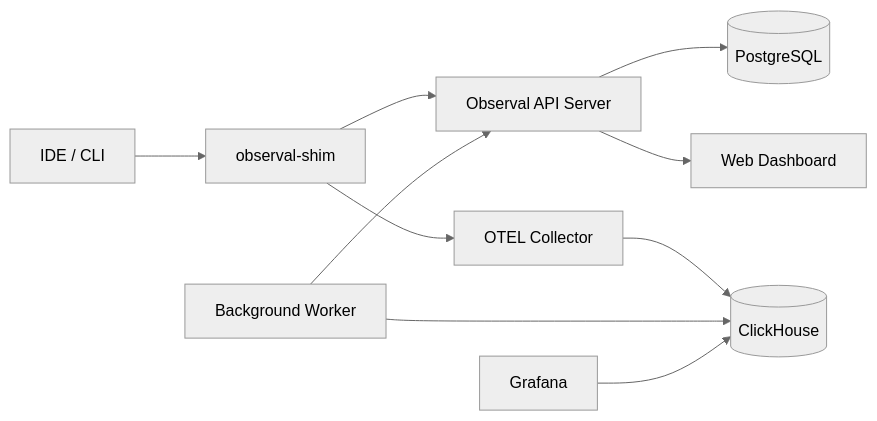
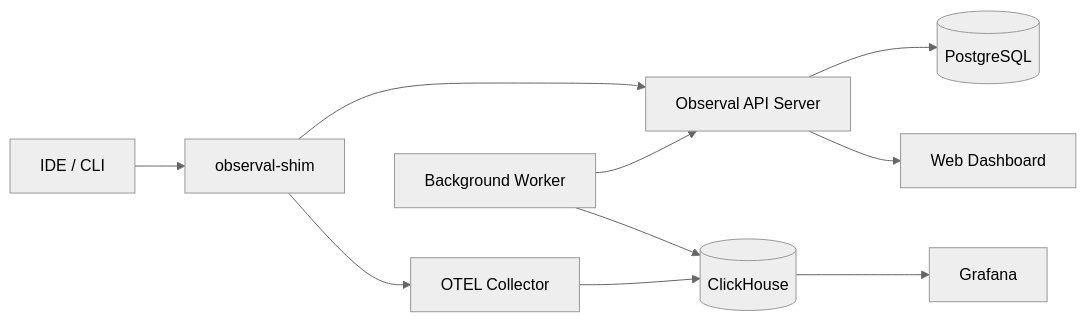
Before and after one commit to BlazeUp-AI/Observal: the diagram in README.md, drawn with Mermaid (neutral theme).

Commit message:
docs: fix architecture diagram flow

````diff
--- a/README.md
+++ b/README.md
@@ -110,14 +110,14 @@
 ```mermaid
 flowchart LR
     IDE[IDE / CLI] --> Shim[observal-shim]
     Shim --> API[Observal API Server]
     API --> PG[(PostgreSQL)]
 
     Shim --> OTEL[OTEL Collector]
     OTEL --> CH[(ClickHouse)]
 
     API --> Web[Web Dashboard]
     Worker[Background Worker] --> API
     Worker --> CH
-    Grafana --> CH
+    CH --> Grafana
 ```
````
